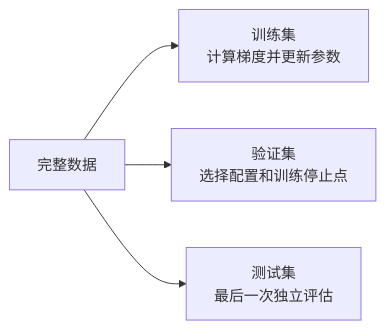
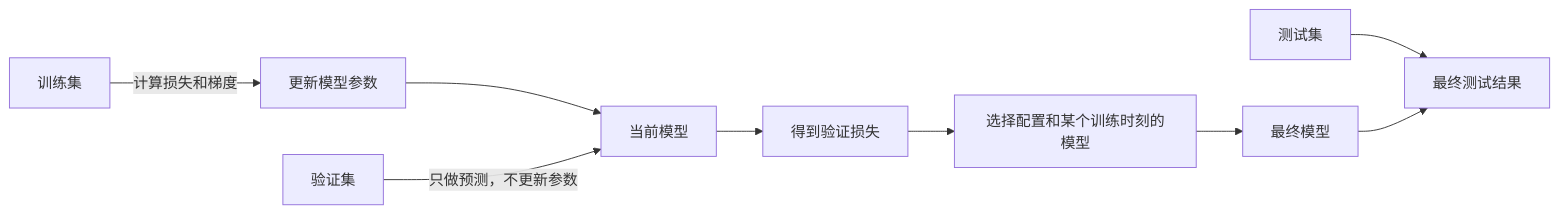
Before and after one commit to NealChristmas/LLM: the second of 2 diagrams in courses/00-foundations/d03-probability-generalization/README.md, drawn with Mermaid. The commit also changed other lines of this file and 22 other files, not shown here.

````diff
--- a/courses/00-foundations/d03-probability-generalization/README.md
+++ b/courses/00-foundations/d03-probability-generalization/README.md
@@ -100,6 +123,11 @@
 ```mermaid
 flowchart LR
-    A["完整数据"] --> T["训练集<br/>计算梯度并更新参数"]
-    A --> V["验证集<br/>选择配置和训练停止点"]
-    A --> E["测试集<br/>最后一次独立评估"]
+    T["训练集"] -->|"计算损失和梯度"| U["更新模型参数"]
+    U --> M["当前模型"]
+    V["验证集"] -->|"只做预测，不更新参数"| M
+    M --> R["得到验证损失"]
+    R --> C["选择配置和某个训练时刻的模型"]
+    C --> F["最终模型"]
+    E["测试集"] --> Q["最终测试结果"]
+    F --> Q
 ```
````
